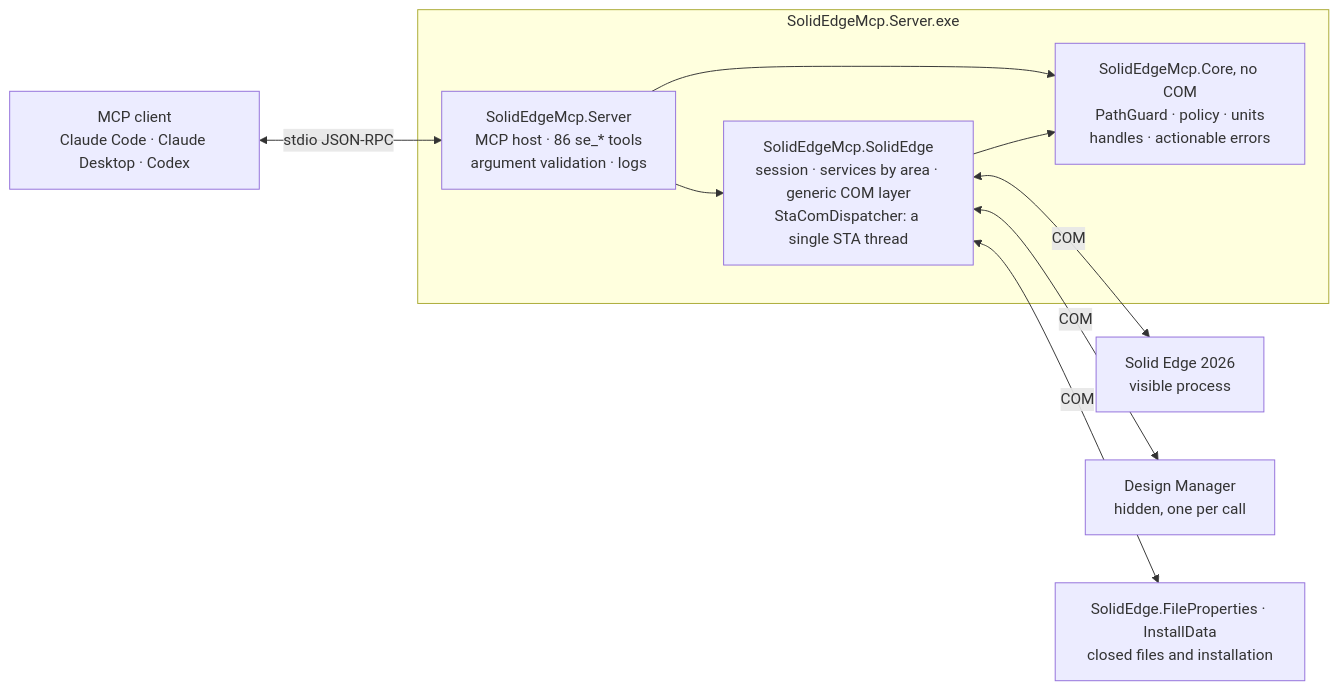
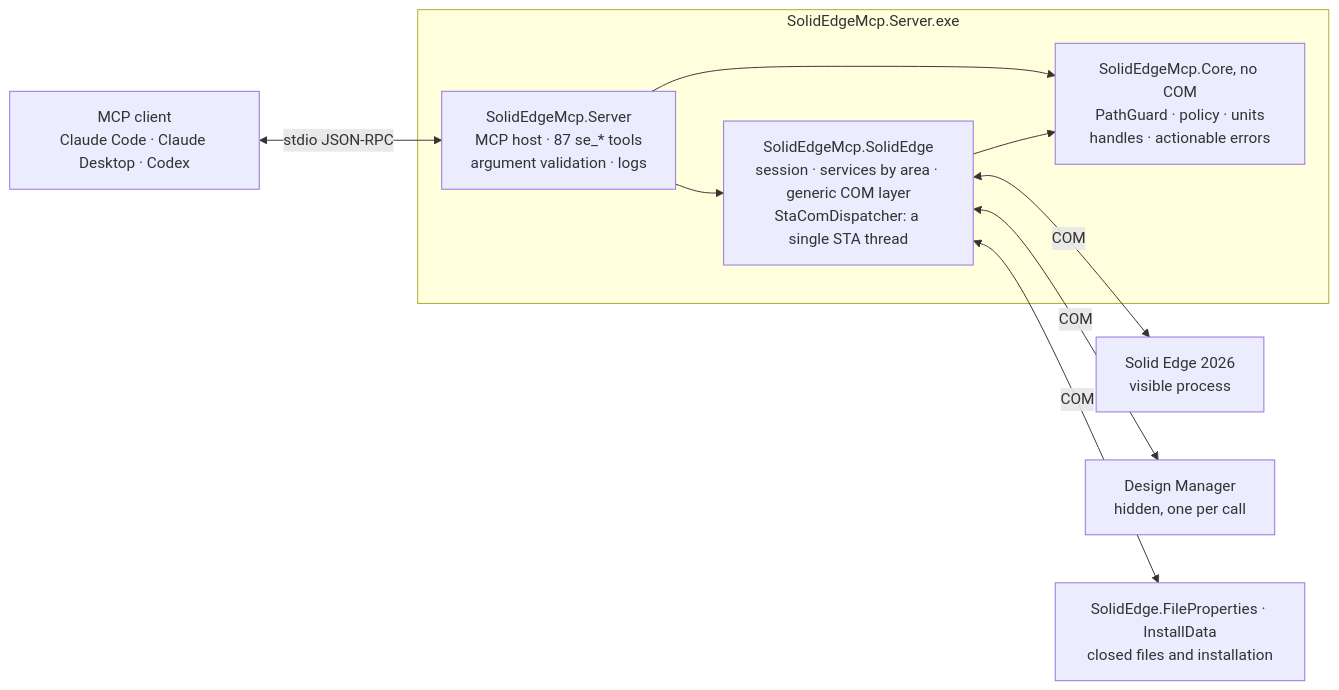
Before and after one commit to gabichuuuuu/solid-edge-mcp: the diagram in README.md, drawn with Mermaid. The commit also changed other lines of this file and 63 other files, not shown here.

````diff
--- a/README.md
+++ b/README.md
@@ -375,22 +378,22 @@
 ```mermaid
 flowchart LR
     client["MCP client<br/>Claude Code · Claude Desktop · Codex"]
 
     subgraph exe ["SolidEdgeMcp.Server.exe"]
-        server["SolidEdgeMcp.Server<br/>MCP host · 86 se_* tools<br/>argument validation · logs"]
+        server["SolidEdgeMcp.Server<br/>MCP host · 87 se_* tools<br/>argument validation · logs"]
         se["SolidEdgeMcp.SolidEdge<br/>session · services by area · generic COM layer<br/>StaComDispatcher: a single STA thread"]
         core["SolidEdgeMcp.Core, no COM<br/>PathGuard · policy · units<br/>handles · actionable errors"]
         server --> se
         server --> core
         se --> core
     end
 
     app["Solid Edge 2026<br/>visible process"]
     dm["Design Manager<br/>hidden, one per call"]
     files["SolidEdge.FileProperties · InstallData<br/>closed files and installation"]
 
     client <-->|stdio JSON-RPC| server
     se <-->|COM| app
     se <-->|COM| dm
     se <-->|COM| files
 ```
````
